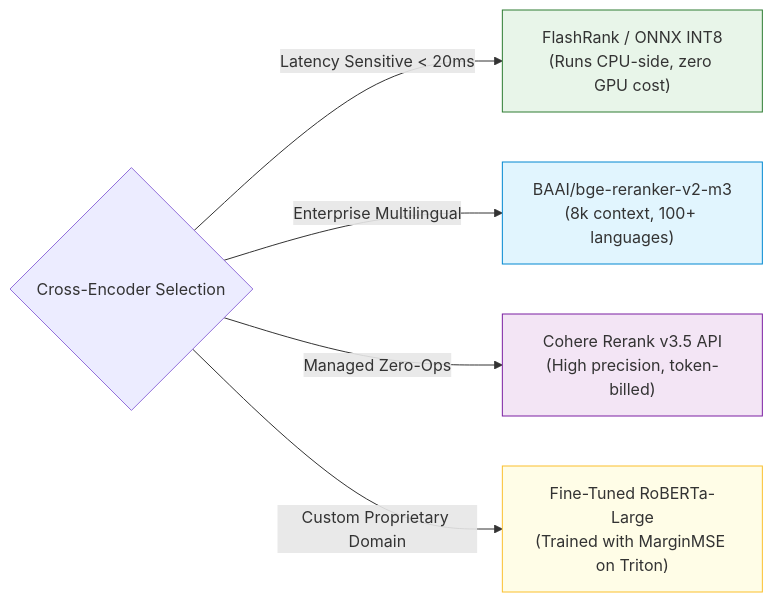
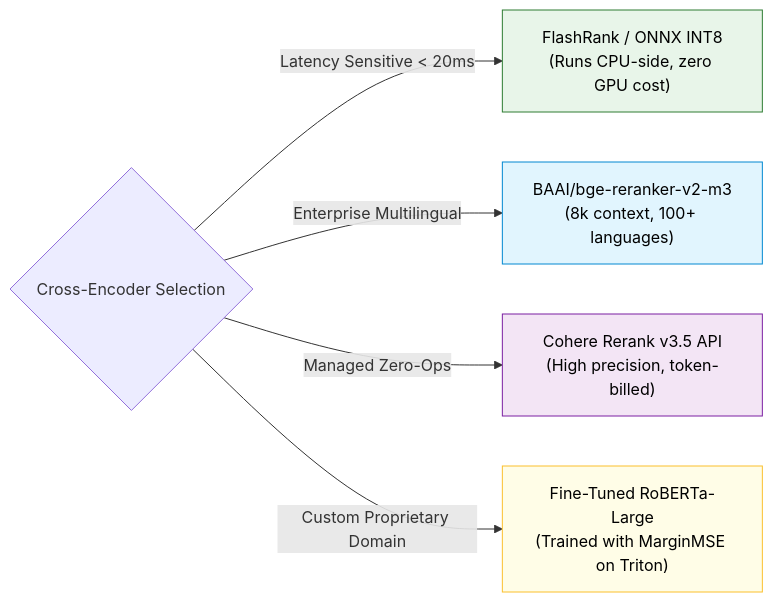
Before and after one commit to swapnil3104/RAG-Engineering: the third of 3 diagrams in 06-Advanced-RAG/Cross-Encoder-Reranking.md, drawn with Mermaid. The commit also changed other lines of this file and 108 other files, not shown here.

Commit message:
fix: make chart text visible across all Mermaid diagrams and resolve markdown table formatting issues

````diff
--- a/06-Advanced-RAG/Cross-Encoder-Reranking.md
+++ b/06-Advanced-RAG/Cross-Encoder-Reranking.md
@@ -502,14 +502,14 @@
 ```mermaid
 flowchart LR
     CE_Decision{"Cross-Encoder Selection"}
     
     CE_Decision -->|Latency Sensitive < 20ms| CE1["FlashRank / ONNX INT8<br/>(Runs CPU-side, zero GPU cost)"]
     CE_Decision -->|Enterprise Multilingual| CE2["BAAI/bge-reranker-v2-m3<br/>(8k context, 100+ languages)"]
     CE_Decision -->|Managed Zero-Ops| CE3["Cohere Rerank v3.5 API<br/>(High precision, token-billed)"]
     CE_Decision -->|Custom Proprietary Domain| CE4["Fine-Tuned RoBERTa-Large<br/>(Trained with MarginMSE on Triton)"]
 
-    style CE1 fill:#e8f5e9,stroke:#2e7d32,stroke-width:1px
-    style CE2 fill:#e1f5fe,stroke:#0288d1,stroke-width:1px
-    style CE3 fill:#f3e5f5,stroke:#7b1fa2,stroke-width:1px
-    style CE4 fill:#fffde7,stroke:#fbc02d,stroke-width:1px
+    style CE1 fill:#e8f5e9,stroke:#2e7d32,stroke-width:1px,color:#000000
+    style CE2 fill:#e1f5fe,stroke:#0288d1,stroke-width:1px,color:#000000
+    style CE3 fill:#f3e5f5,stroke:#7b1fa2,stroke-width:1px,color:#000000
+    style CE4 fill:#fffde7,stroke:#fbc02d,stroke-width:1px,color:#000000
 ```
````
